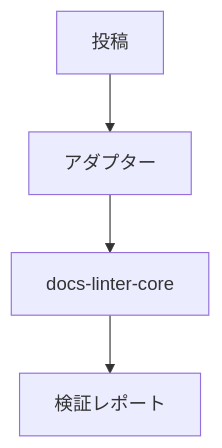
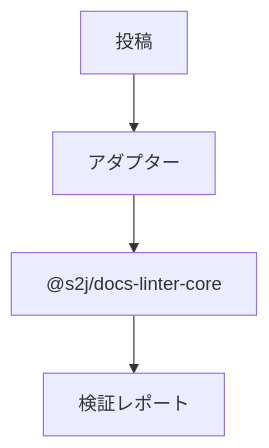
The sixth of 11 diagrams in docsMod/in_wordpress.md (stein2nd/docs-linter), drawn with Mermaid before and after one commit. The commit also changed other lines of this file, not shown here.

````diff
--- a/docsMod/in_wordpress.md
+++ b/docsMod/in_wordpress.md
@@ -195,6 +195,6 @@
 ```mermaid
 flowchart TD
   A["投稿"] --> B["アダプター"]
-  B --> C["`docs-linter-core`"]
+  B --> C["`@s2j/docs-linter-core`"]
   C --> D["検証レポート"]
 ```
````
